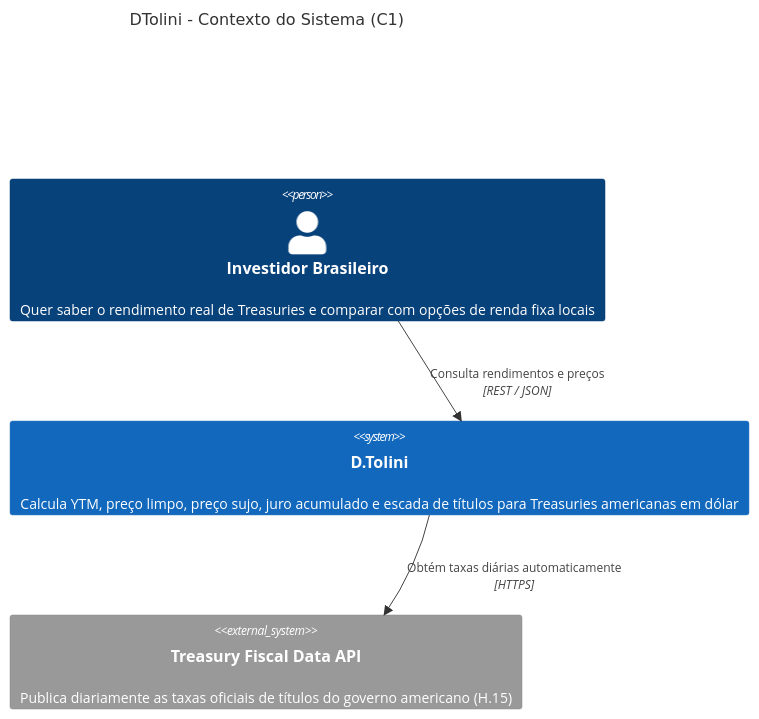
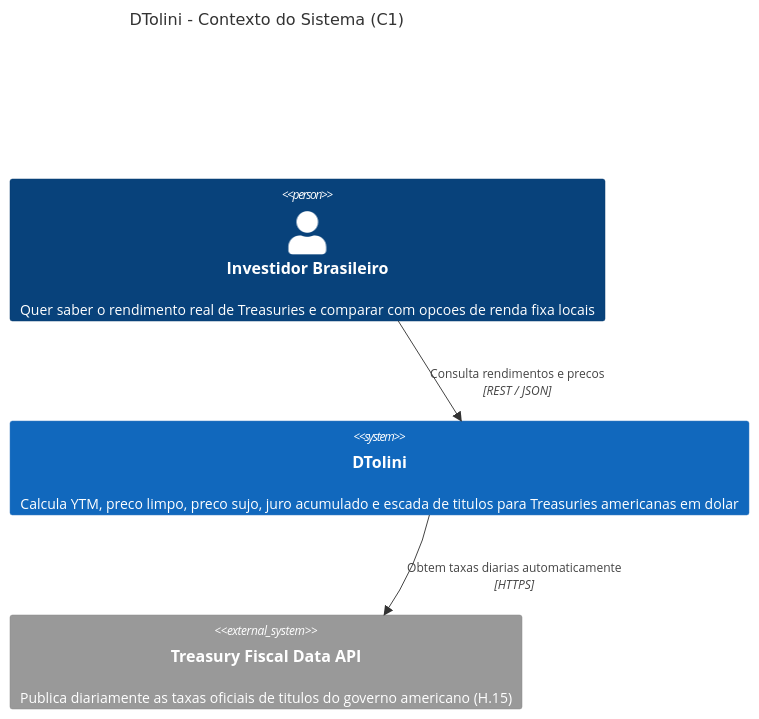
The diagram in docs/diagrams/c4-l1-contexto.mermaid (Danilotolini/dtolini), drawn with Mermaid before and after one commit. The commit also changed 71 other files, not shown here.

First line of the commit message:
chore: renomeia pacote para com.dtolini e padroniza nome em docs (#21)

```diff
--- a/docs/diagrams/c4-l1-contexto.mermaid
+++ b/docs/diagrams/c4-l1-contexto.mermaid
@@ -1,11 +1,11 @@
 C4Context
     title DTolini - Contexto do Sistema (C1)
 
-    Person(investidor, "Investidor Brasileiro", "Quer saber o rendimento real de Treasuries e comparar com opções de renda fixa locais")
+    Person(investidor, "Investidor Brasileiro", "Quer saber o rendimento real de Treasuries e comparar com opcoes de renda fixa locais")
 
-    System(dtolini, "D.Tolini", "Calcula YTM, preço limpo, preço sujo, juro acumulado e escada de títulos para Treasuries americanas em dólar")
+    System(dtolini, "DTolini", "Calcula YTM, preco limpo, preco sujo, juro acumulado e escada de titulos para Treasuries americanas em dolar")
 
-    System_Ext(treasury, "Treasury Fiscal Data API", "Publica diariamente as taxas oficiais de títulos do governo americano (H.15)")
+    System_Ext(treasury, "Treasury Fiscal Data API", "Publica diariamente as taxas oficiais de titulos do governo americano (H.15)")
 
-    Rel(investidor, dtolini, "Consulta rendimentos e preços", "REST / JSON")
-    Rel(dtolini, treasury, "Obtém taxas diárias automaticamente", "HTTPS")
+    Rel(investidor, dtolini, "Consulta rendimentos e precos", "REST / JSON")
+    Rel(dtolini, treasury, "Obtem taxas diarias automaticamente", "HTTPS")
```
